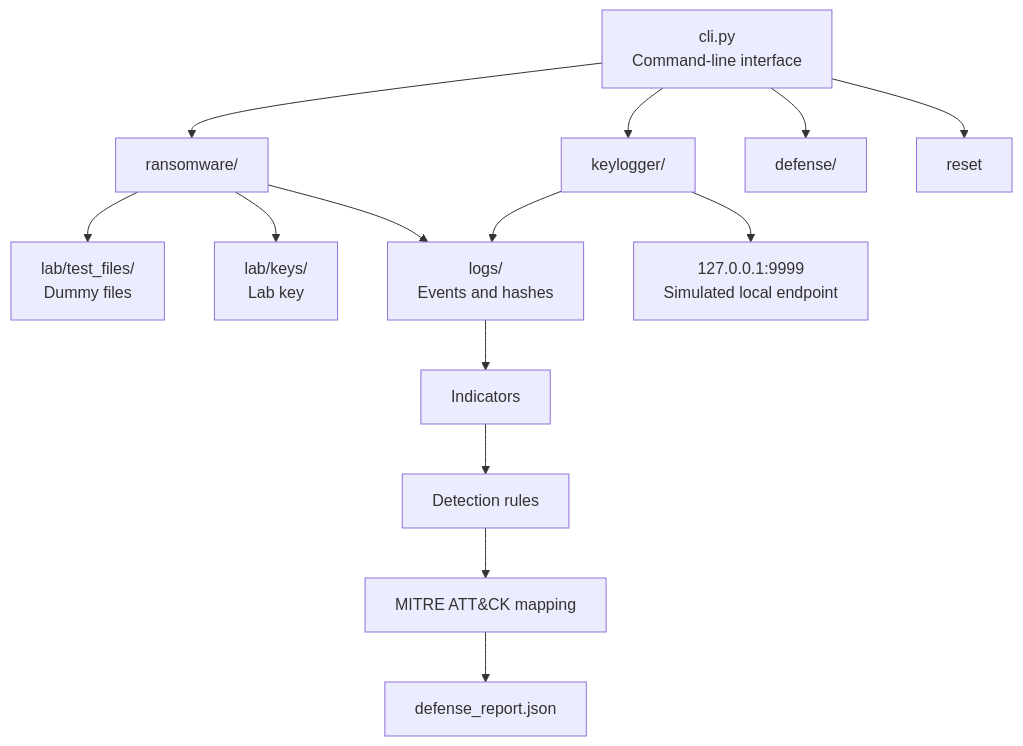
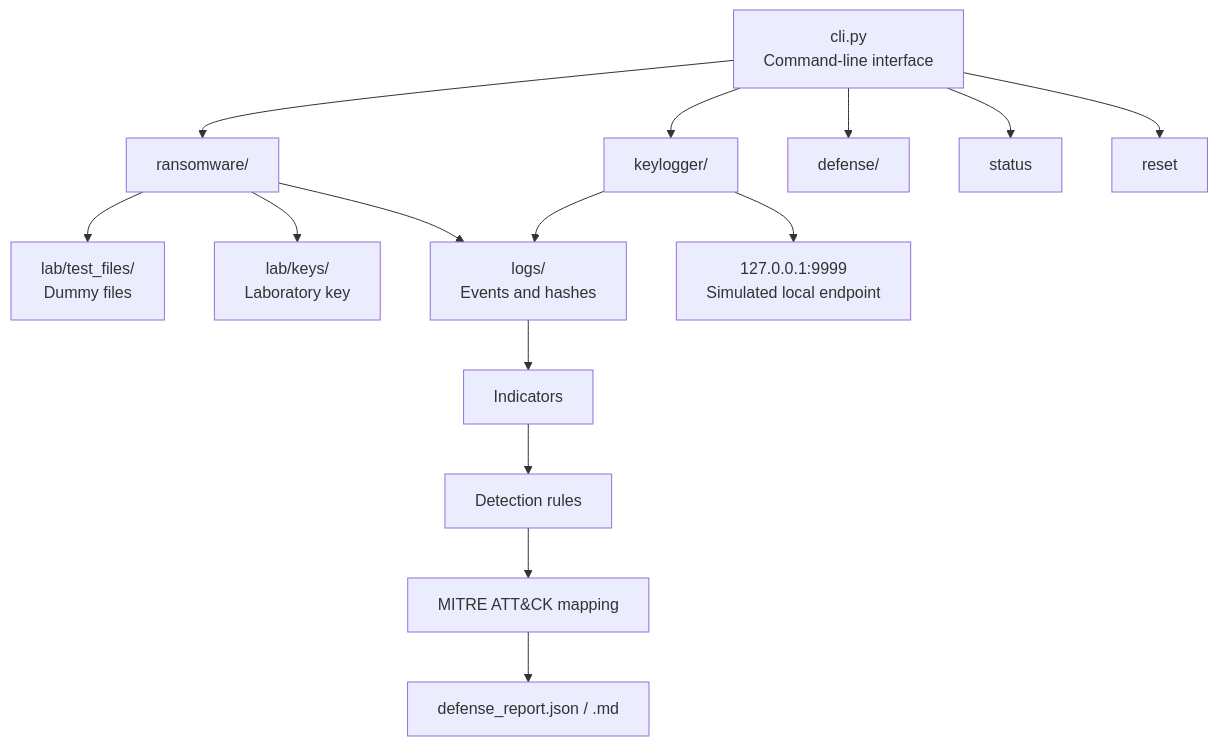
Before and after one commit to Ygor-Nassif/simulated-ransomware-keylogger-soc-lab-extended: the diagram in README.md, drawn with Mermaid. The commit also changed other lines of this file and 13 other files, not shown here.

````diff
--- a/README.md
+++ b/README.md
@@ -96,20 +96,21 @@
 ```mermaid
 flowchart TD
     CLI["cli.py<br/>Command-line interface"]
     CLI --> R["ransomware/"]
     CLI --> K["keylogger/"]
     CLI --> D["defense/"]
+    CLI --> S["status"]
     CLI --> X["reset"]
 
     R --> LAB["lab/test_files/<br/>Dummy files"]
-    R --> KEYS["lab/keys/<br/>Lab key"]
+    R --> KEYS["lab/keys/<br/>Laboratory key"]
     R --> LOGS["logs/<br/>Events and hashes"]
 
     K --> LOGS
     K --> LOOP["127.0.0.1:9999<br/>Simulated local endpoint"]
 
     LOGS --> I["Indicators"]
     I --> DET["Detection rules"]
     DET --> MITRE["MITRE ATT&CK mapping"]
-    MITRE --> REPORT["defense_report.json"]
+    MITRE --> REPORT["defense_report.json / .md"]
 ```
````
